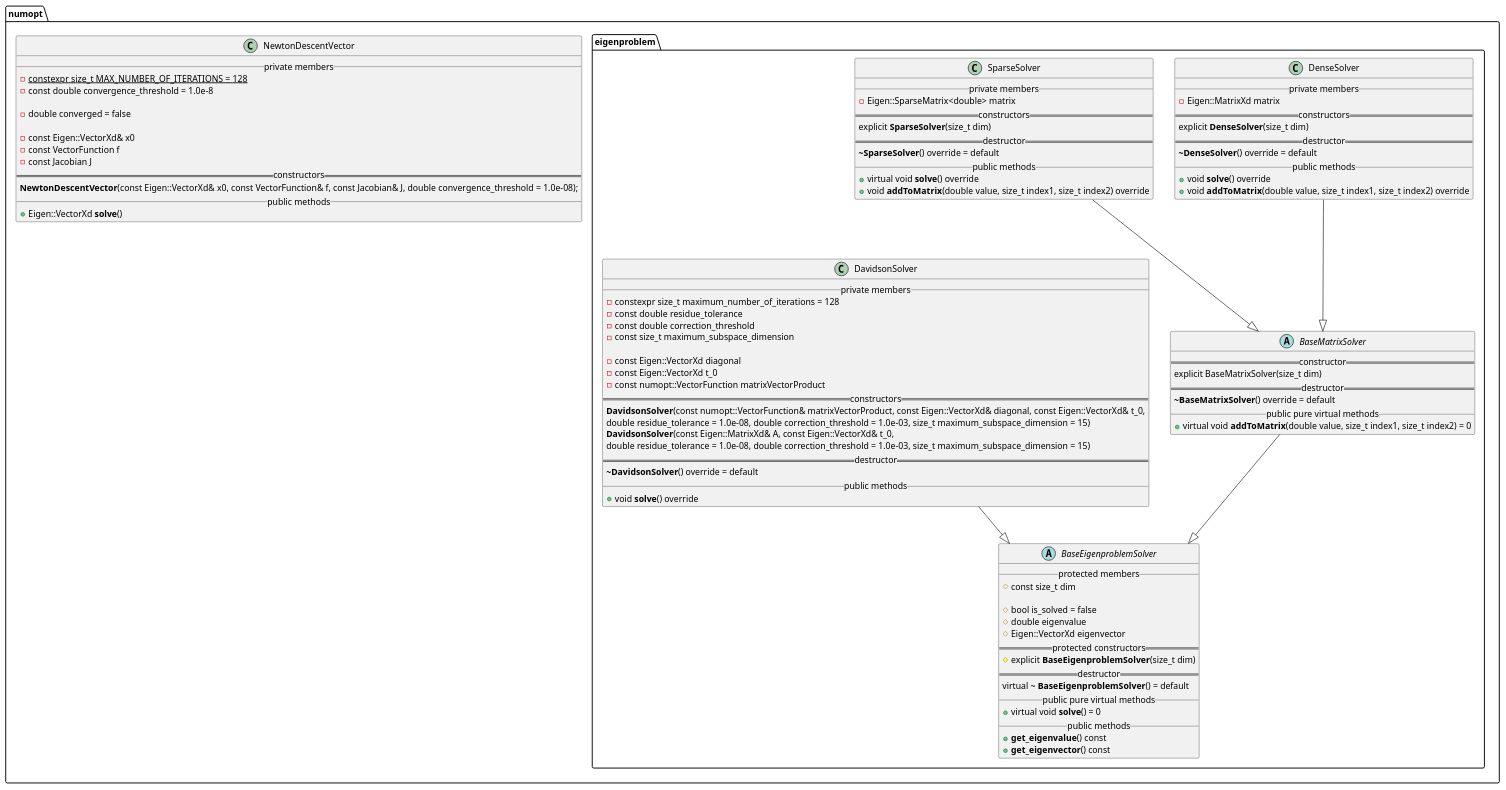
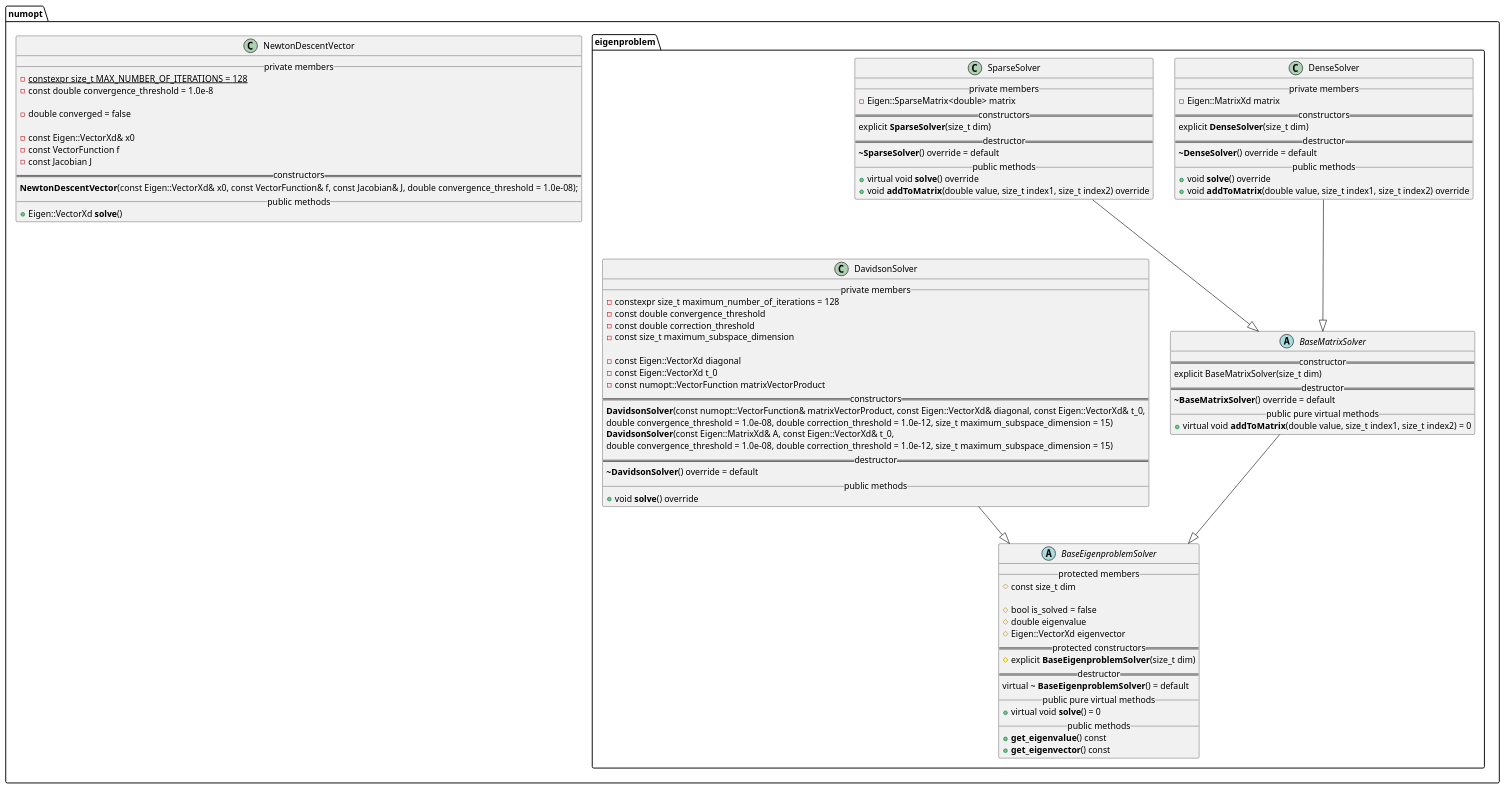
One commit to matt-chan/numopt changed the diagram in docs/numopt.puml. Above: the diagram before and after it, drawn with PlantUML. The commit also changed 3 other files, not shown here.

```diff
--- a/docs/numopt.puml
+++ b/docs/numopt.puml
@@ -1,112 +1,112 @@
 @startuml
 
 namespace numopt {
 
 
     class NewtonDescentVector {
         __ private members __
             - {static} constexpr size_t MAX_NUMBER_OF_ITERATIONS = 128
             - const double convergence_threshold = 1.0e-8
 
             - double converged = false
 
             - const Eigen::VectorXd& x0
             - const VectorFunction f
             - const Jacobian J
         == constructors ==
             **NewtonDescentVector**(const Eigen::VectorXd& x0, const VectorFunction& f, const Jacobian& J, double convergence_threshold = 1.0e-08);
         __ public methods __
             + Eigen::VectorXd **solve**()
     }
 
 
 
     namespace eigenproblem {
 
 
         abstract class BaseEigenproblemSolver {
             __ protected members __
                 # const size_t dim
 
                 # bool is_solved = false
                 # double eigenvalue
                 # Eigen::VectorXd eigenvector
             == protected constructors ==
                 # explicit **BaseEigenproblemSolver**(size_t dim)
             == destructor ==
                 virtual ~ **BaseEigenproblemSolver**() = default
             __ public pure virtual methods __
                 + virtual void **solve**() = 0
             __ public methods __
                 + **get_eigenvalue**() const
                 + **get_eigenvector**() const
         }
 
         BaseMatrixSolver --|> BaseEigenproblemSolver
         abstract class BaseMatrixSolver {
             == constructor ==
                 explicit BaseMatrixSolver(size_t dim)
             == destructor ==
                 **~BaseMatrixSolver**() override = default
             __ public pure virtual methods __
                 + virtual void **addToMatrix**(double value, size_t index1, size_t index2) = 0
         }
 
 
         DenseSolver --|> BaseMatrixSolver
         class DenseSolver {
             __ private members __
                 - Eigen::MatrixXd matrix
             == constructors ==
                 explicit **DenseSolver**(size_t dim)
             == destructor ==
                  **~DenseSolver**() override = default
             __ public methods __
                 + void **solve**() override
                 + void **addToMatrix**(double value, size_t index1, size_t index2) override
         }
 
 
         SparseSolver --|> BaseMatrixSolver
         class SparseSolver {
             __ private members __
                 - Eigen::SparseMatrix<double> matrix
             == constructors ==
                 explicit **SparseSolver**(size_t dim)
             == destructor ==
                  **~SparseSolver**() override = default
             __ public methods __
                 + virtual void **solve**() override
                 + void **addToMatrix**(double value, size_t index1, size_t index2) override
         }
 
 
         DavidsonSolver --|> BaseEigenproblemSolver
         class DavidsonSolver {
             __ private members __
                 - constexpr size_t maximum_number_of_iterations = 128
-                - const double residue_tolerance
+                - const double convergence_threshold
                 - const double correction_threshold
                 - const size_t maximum_subspace_dimension
 
                 - const Eigen::VectorXd diagonal
                 - const Eigen::VectorXd t_0
                 - const numopt::VectorFunction matrixVectorProduct
             == constructors ==
                 **DavidsonSolver**(const numopt::VectorFunction& matrixVectorProduct, const Eigen::VectorXd& diagonal, const Eigen::VectorXd& t_0,
-                double residue_tolerance = 1.0e-08, double correction_threshold = 1.0e-03, size_t maximum_subspace_dimension = 15)
+                double convergence_threshold = 1.0e-08, double correction_threshold = 1.0e-12, size_t maximum_subspace_dimension = 15)
                 **DavidsonSolver**(const Eigen::MatrixXd& A, const Eigen::VectorXd& t_0,
-                double residue_tolerance = 1.0e-08, double correction_threshold = 1.0e-03, size_t maximum_subspace_dimension = 15)
+                double convergence_threshold = 1.0e-08, double correction_threshold = 1.0e-12, size_t maximum_subspace_dimension = 15)
             == destructor ==
                  **~DavidsonSolver**() override = default
             __ public methods __
                 + void **solve**() override
         }
 
 
     }
 
 
 }
 
 @enduml
```
